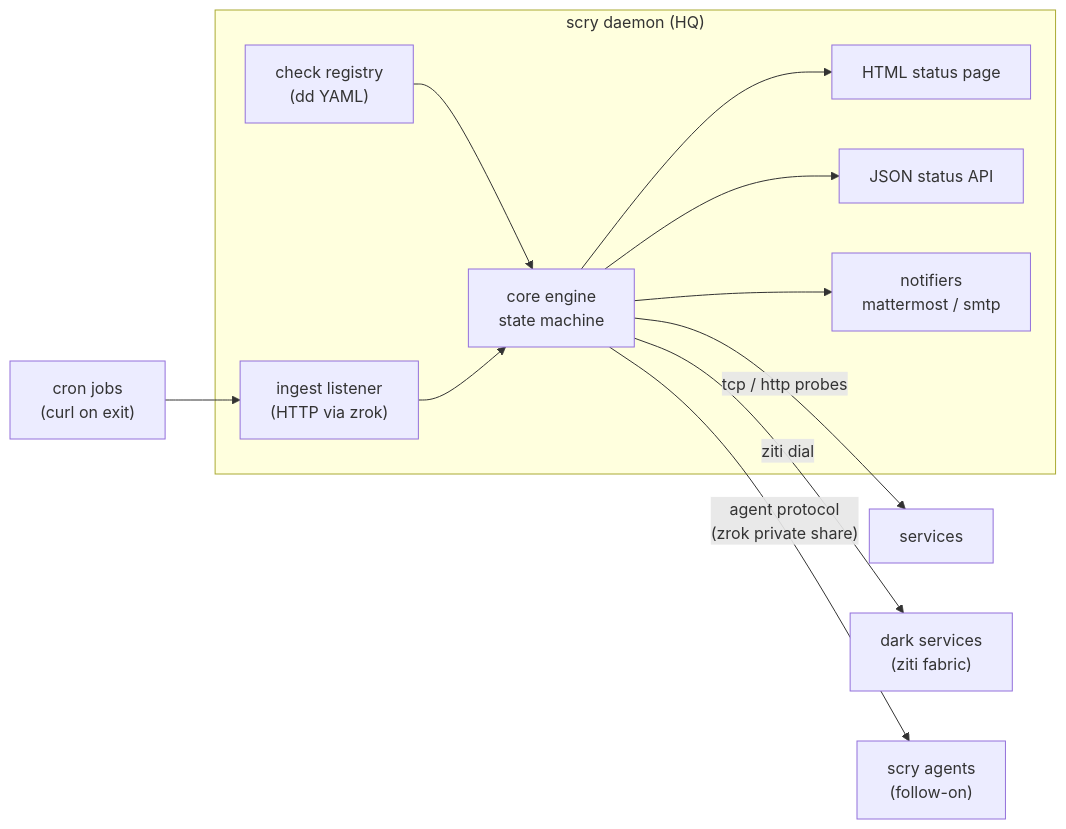
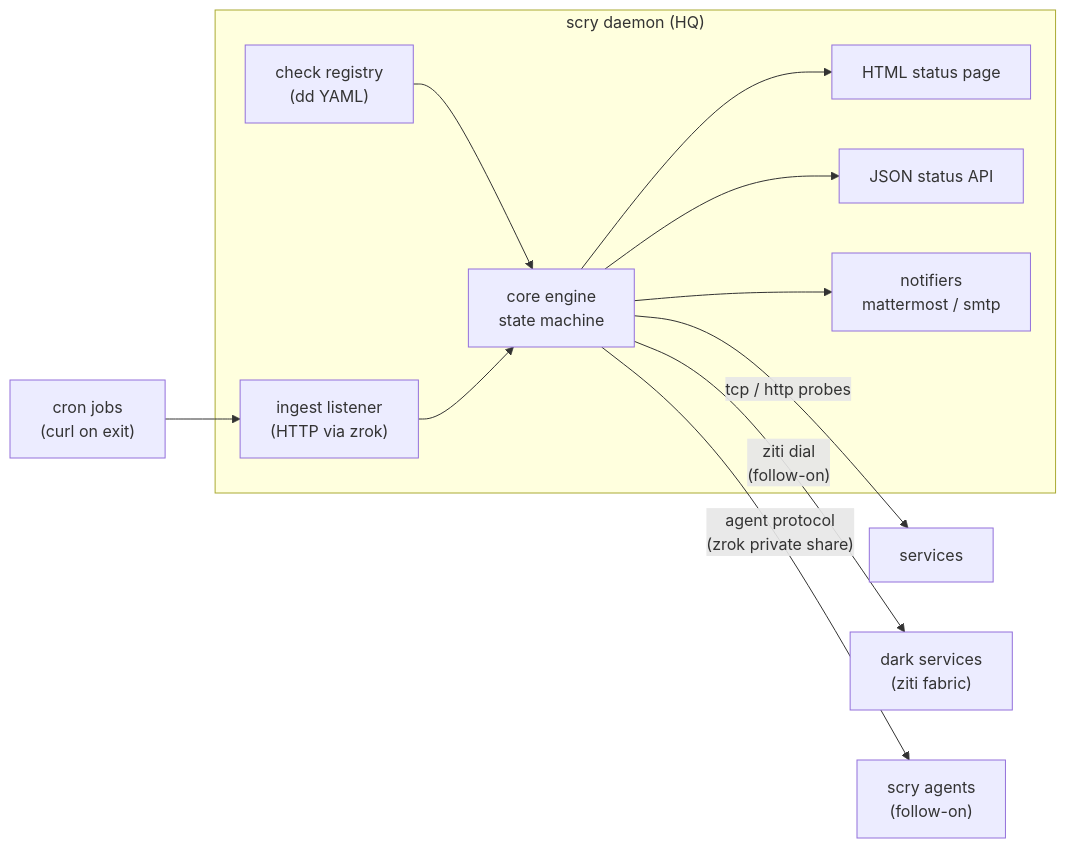
One commit to michaelquigley/scry changed the diagram in docs/future/scry-spec.md. Above: the diagram before and after it, drawn with Mermaid. The commit also changed other lines of this file and 2 other files, not shown here.

````diff
--- a/docs/future/scry-spec.md
+++ b/docs/future/scry-spec.md
@@ -51,20 +51,20 @@
 ```mermaid
 flowchart LR
     subgraph daemon["scry daemon (HQ)"]
         engine["core engine\nstate machine"]
         reg["check registry\n(dd YAML)"]
         ingest["ingest listener\n(HTTP via zrok)"]
         page["HTML status page"]
         api["JSON status API"]
         notif["notifiers\nmattermost / smtp"]
     end
     cron["cron jobs\n(curl on exit)"] --> ingest
     engine -->|"tcp / http probes"| svc["services"]
-    engine -->|"ziti dial"| dark["dark services\n(ziti fabric)"]
+    engine -->|"ziti dial\n(follow-on)"| dark["dark services\n(ziti fabric)"]
     engine -->|"agent protocol\n(zrok private share)"| agent["scry agents\n(follow-on)"]
     reg --> engine
     ingest --> engine
     engine --> page
     engine --> api
     engine --> notif
 ```
````
